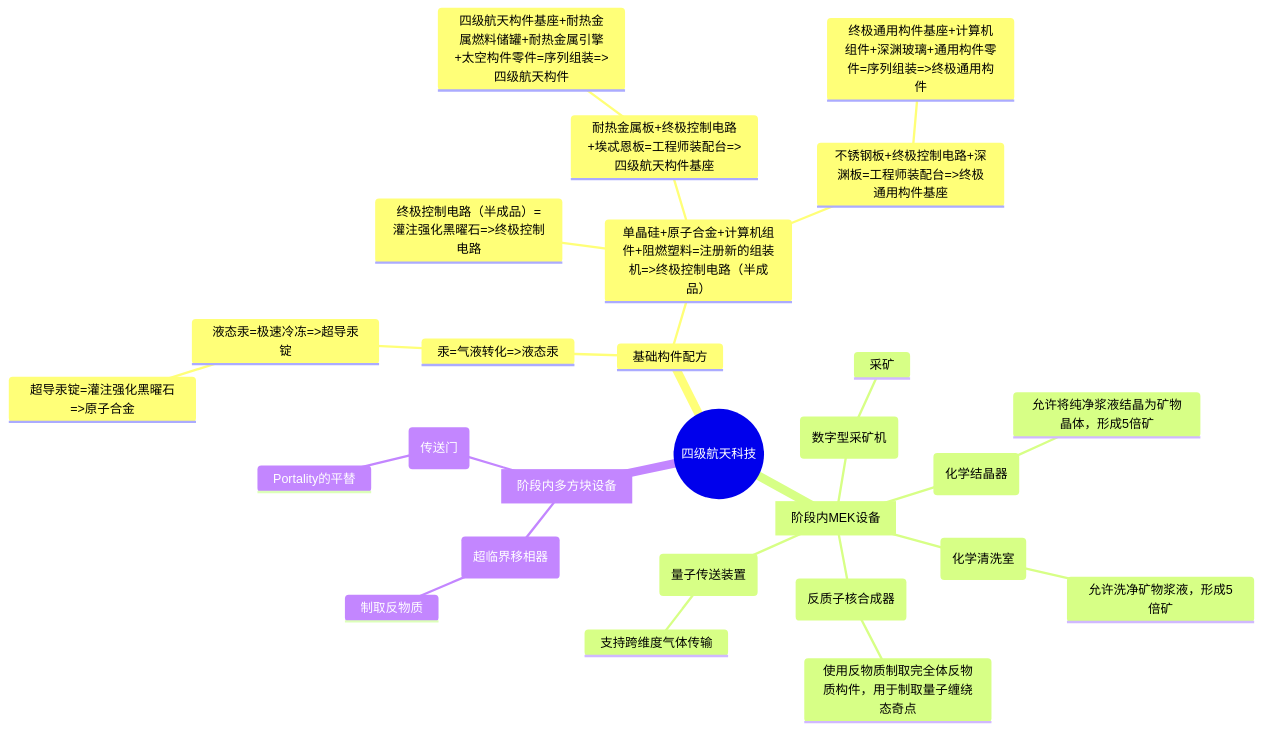
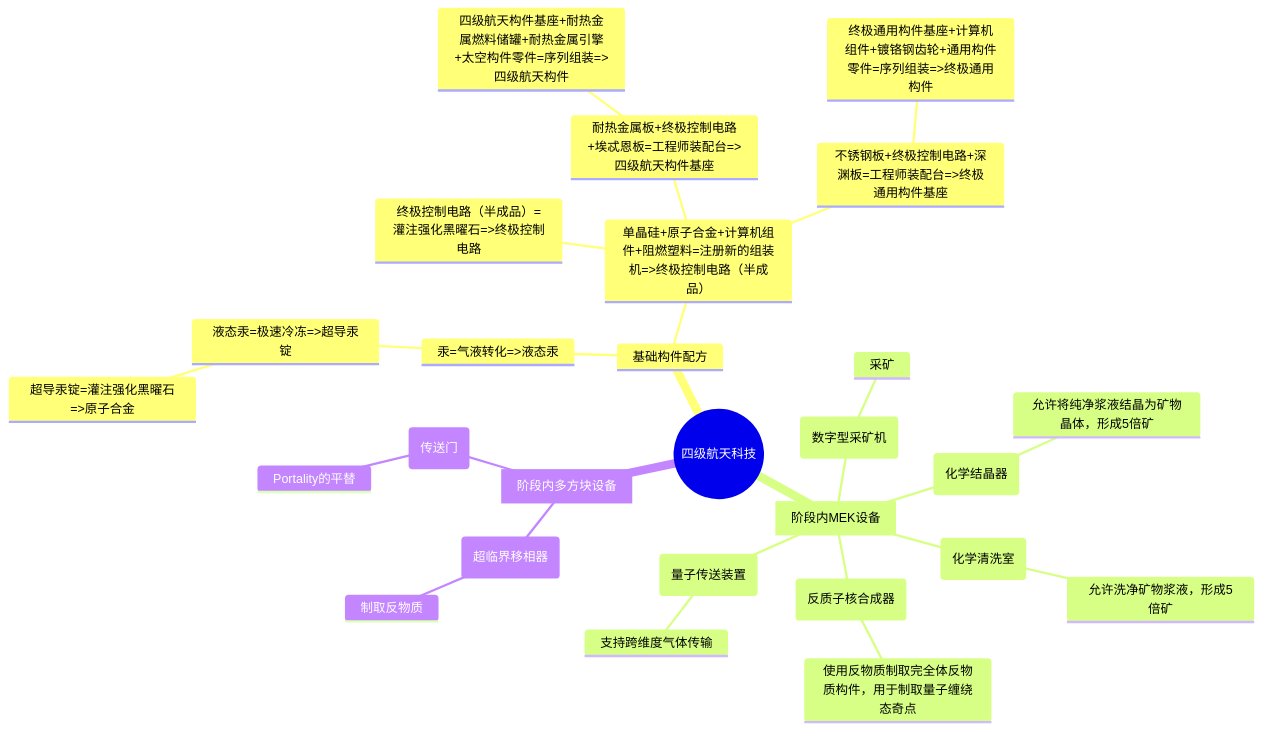
One commit to VechniMetel/CodeNameCIM2 changed the fourth of 4 diagrams in Developer/TechTreeMap.md. Above: the diagram before and after it, drawn with Mermaid. The commit also changed other lines of this file and 13 other files, not shown here.

````diff
--- a/Developer/TechTreeMap.md
+++ b/Developer/TechTreeMap.md
@@ -97,30 +97,30 @@
 ``` mermaid
 mindmap
     root((四级航天科技))
         基础构件配方
             汞=气液转化=>液态汞
                 液态汞=极速冷冻=>超导汞锭
                     超导汞锭=灌注强化黑曜石=>原子合金
             单晶硅+原子合金+计算机组件+阻燃塑料=注册新的组装机=>终极控制电路（半成品）
                 终极控制电路（半成品）=灌注强化黑曜石=>终极控制电路
                 耐热金属板+终极控制电路+埃忒恩板=工程师装配台=>四级航天构件基座
                     四级航天构件基座+耐热金属燃料储罐+耐热金属引擎+太空构件零件=序列组装=>四级航天构件
                 不锈钢板+终极控制电路+深渊板=工程师装配台=>终极通用构件基座
-                    终极通用构件基座+计算机组件+深渊玻璃+通用构件零件=序列组装=>终极通用构件
+                    终极通用构件基座+计算机组件+镀铬钢齿轮+通用构件零件=序列组装=>终极通用构件
         [阶段内MEK设备]
             (化学清洗室)
                 允许洗净矿物浆液，形成5倍矿
             (化学结晶器)
                 允许将纯净浆液结晶为矿物晶体，形成5倍矿
             (数字型采矿机)
                 采矿
             (反质子核合成器)
                 使用反物质制取完全体反物质构件，用于制取量子缠绕态奇点
             (量子传送装置)
                 支持跨维度气体传输
         [阶段内多方块设备]
             (超临界移相器)
                 制取反物质
             (传送门)
                 Portality的平替
 ```
````
